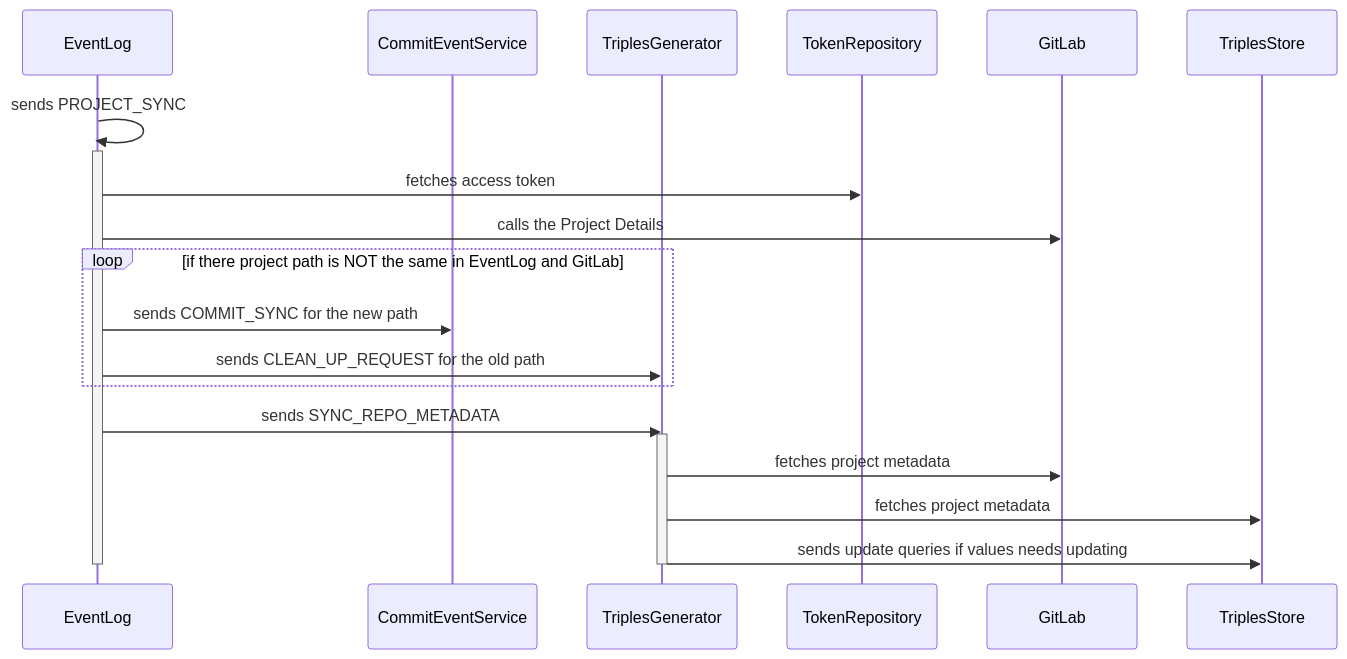
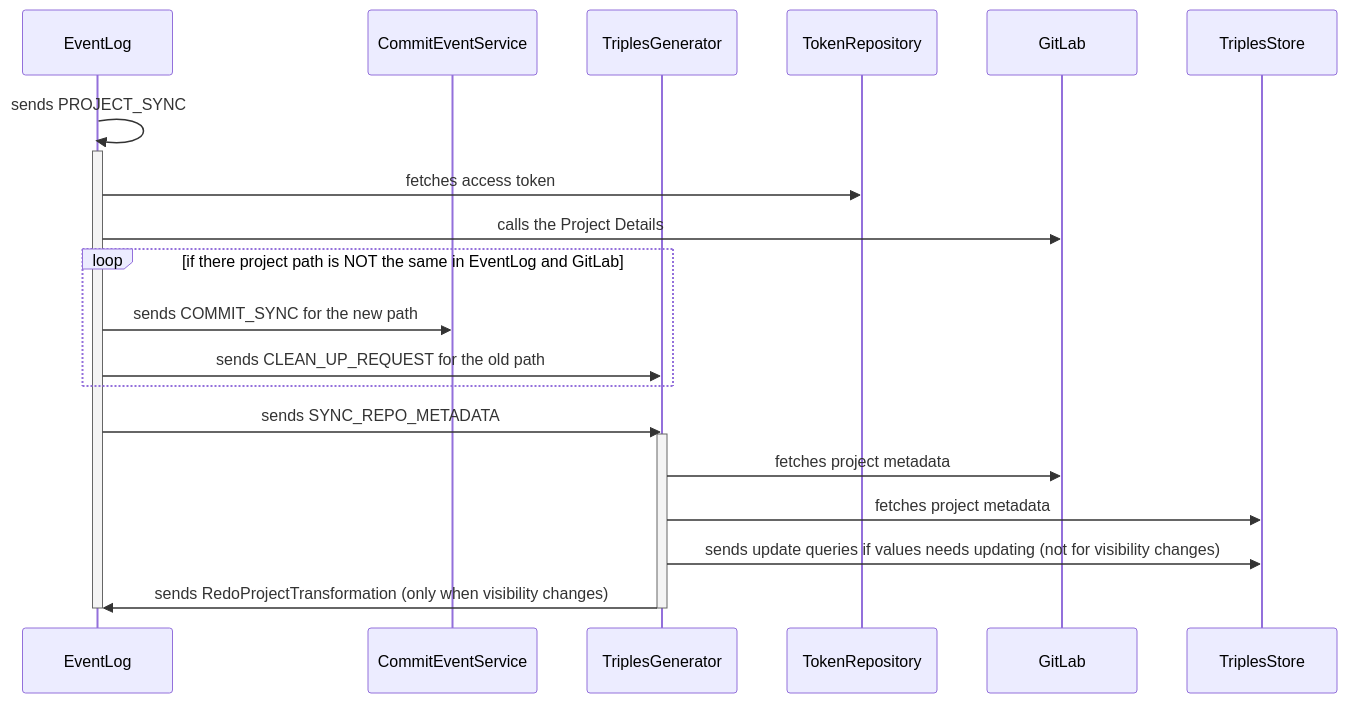
The ninth of 10 diagrams in README.md (SwissDataScienceCenter/renku-graph), drawn with Mermaid before and after one commit. The commit also changed 20 other files, not shown here.

Commit message:
feat: SYNC_REPO_METADATA to update project visibility (#1566)

````diff
--- a/README.md
+++ b/README.md
@@ -329,25 +329,26 @@
 ```mermaid
 sequenceDiagram
     participant EventLog
     participant CommitEventService
     participant TriplesGenerator
     participant TokenRepository
     participant GitLab
     participant TriplesStore
 
     EventLog ->> EventLog: sends PROJECT_SYNC
     activate EventLog
       EventLog ->> TokenRepository: fetches access token
       EventLog ->> GitLab: calls the Project Details
       loop if there project path is NOT the same in EventLog and GitLab
         EventLog ->> CommitEventService: sends COMMIT_SYNC for the new path
         EventLog ->> TriplesGenerator: sends CLEAN_UP_REQUEST for the old path
       end
       EventLog ->> TriplesGenerator: sends SYNC_REPO_METADATA
       activate TriplesGenerator
         TriplesGenerator ->> GitLab: fetches project metadata
         TriplesGenerator ->> TriplesStore: fetches project metadata
-        TriplesGenerator ->> TriplesStore: sends update queries if values needs updating
+        TriplesGenerator ->> TriplesStore: sends update queries if values needs updating (not for visibility changes)
+        TriplesGenerator ->> EventLog: sends RedoProjectTransformation (only when visibility changes)
       deactivate TriplesGenerator
     deactivate EventLog    
 ```
````
